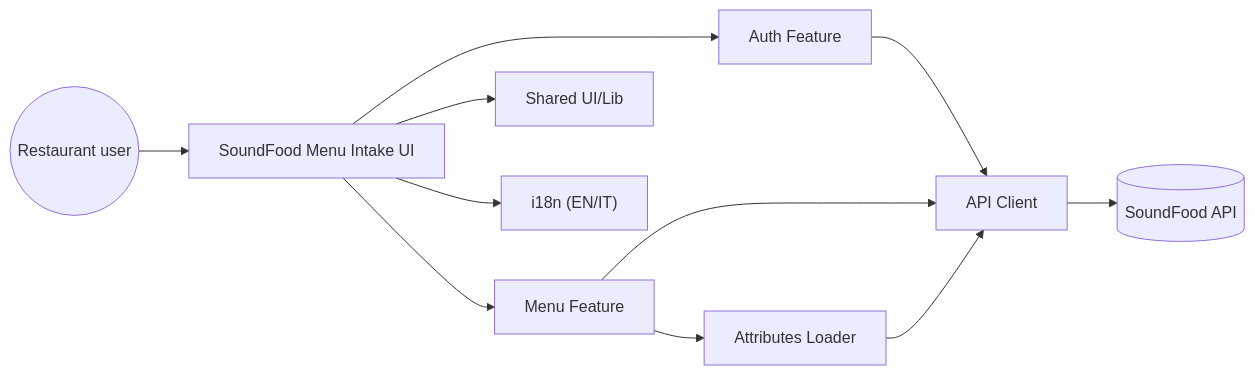
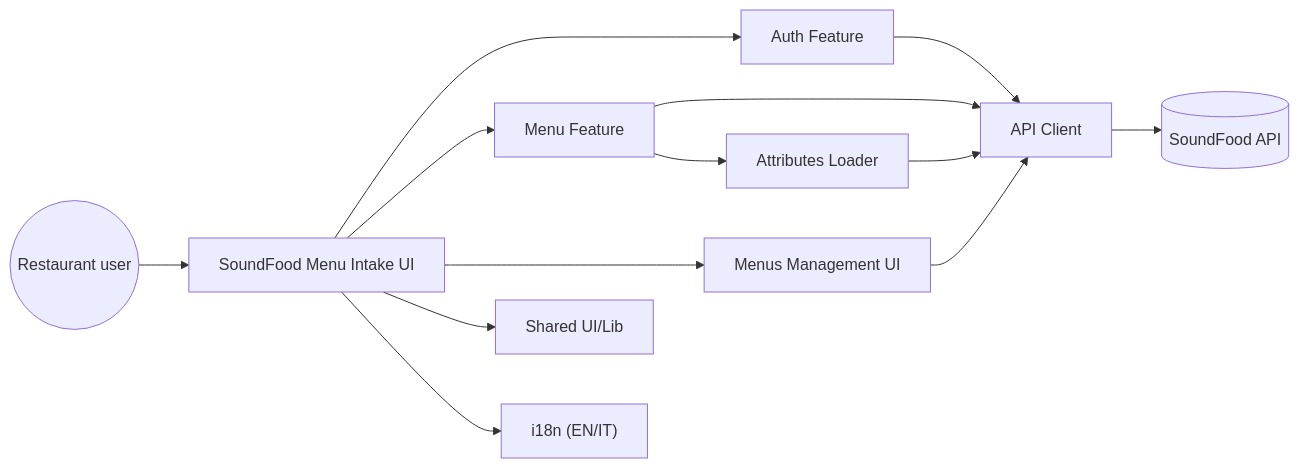
One commit to matteospanio/sf-demo-menu-intf changed the first of 5 diagrams in README.md. Above: the diagram before and after it, drawn with Mermaid. The commit also changed other lines of this file and 10 other files, not shown here.

````diff
--- a/README.md
+++ b/README.md
@@ -157,16 +163,18 @@
 ```mermaid
 flowchart LR
   User((Restaurant user)) --> UI[SoundFood Menu Intake UI]
 
   UI --> Auth[Auth Feature]
   UI --> Menu[Menu Feature]
+  UI --> MenusMgmt[Menus Management UI]
   UI --> Shared[Shared UI/Lib]
 
   Auth --> Api[API Client]
   Menu --> Api
+  MenusMgmt --> Api
   Menu --> Attr[Attributes Loader]
   Attr --> Api
 
   Api --> SoundFoodAPI[(SoundFood API)]
   UI --> I18n["i18n (EN/IT)"]
 ```
````
